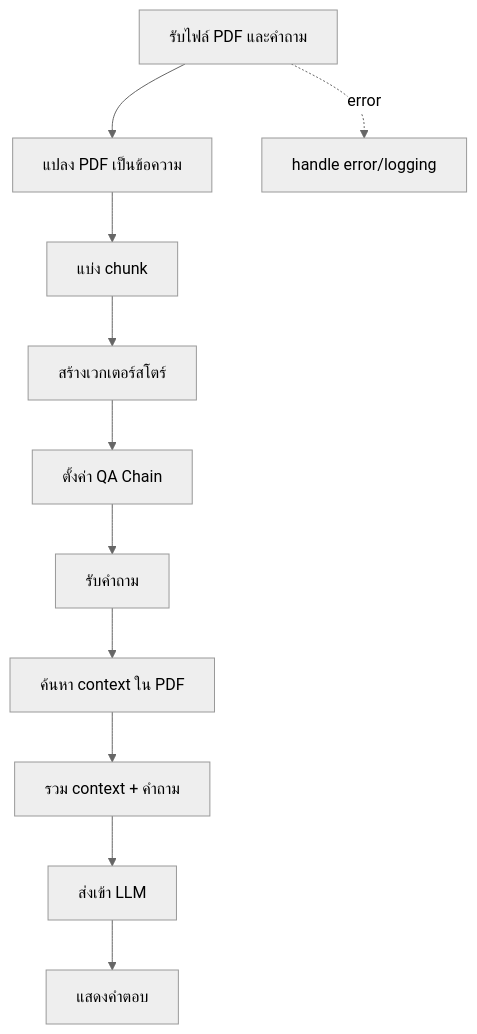
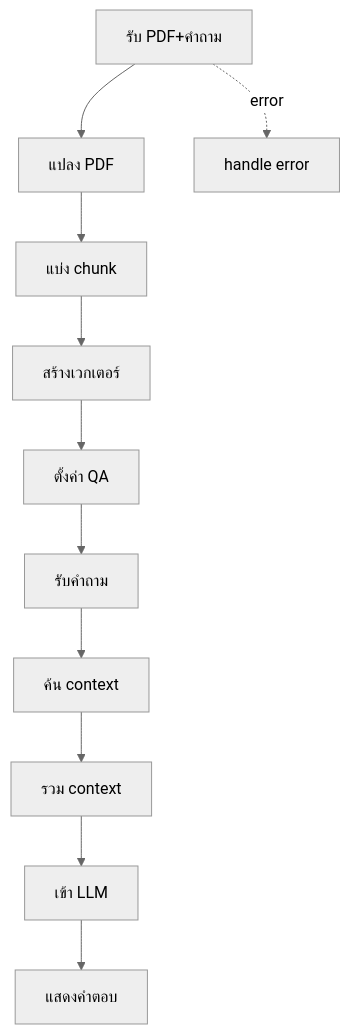
The seventh of 16 diagrams in README.md (JonusNattapong/LangChainOllama), drawn with Mermaid (neutral theme) before and after one commit. The commit also changed other lines of this file, not shown here.

Commit message:
refactor: Simplify and clarify flow diagrams in README for better readability

````diff
--- a/README.md
+++ b/README.md
@@ -395,13 +395,13 @@
 ```mermaid
 graph TD
-    A[รับไฟล์ PDF และคำถาม] --> B[แปลง PDF เป็นข้อความ]
+    A[รับ PDF+คำถาม] --> B[แปลง PDF]
     B --> C[แบ่ง chunk]
-    C --> D[สร้างเวกเตอร์สโตร์]
-    D --> E[ตั้งค่า QA Chain]
+    C --> D[สร้างเวกเตอร์]
+    D --> E[ตั้งค่า QA]
     E --> F[รับคำถาม]
-    F --> G[ค้นหา context ใน PDF]
-    G --> H[รวม context + คำถาม]
-    H --> I[ส่งเข้า LLM]
+    F --> G[ค้น context]
+    G --> H[รวม context]
+    H --> I[เข้า LLM]
     I --> J[แสดงคำตอบ]
-    A -. error .-> K[handle error/logging]
+    A -. error .-> K[handle error]
 ```
````
